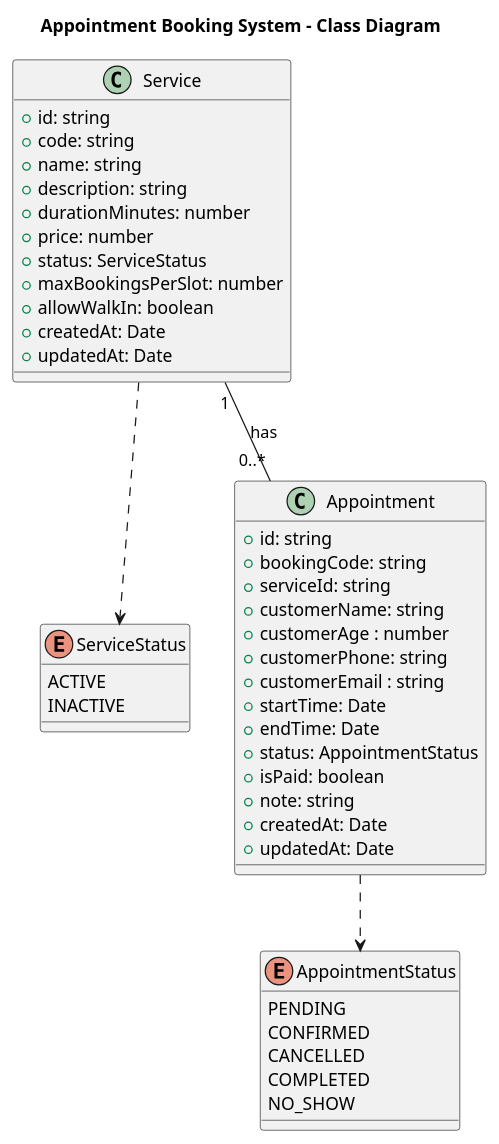
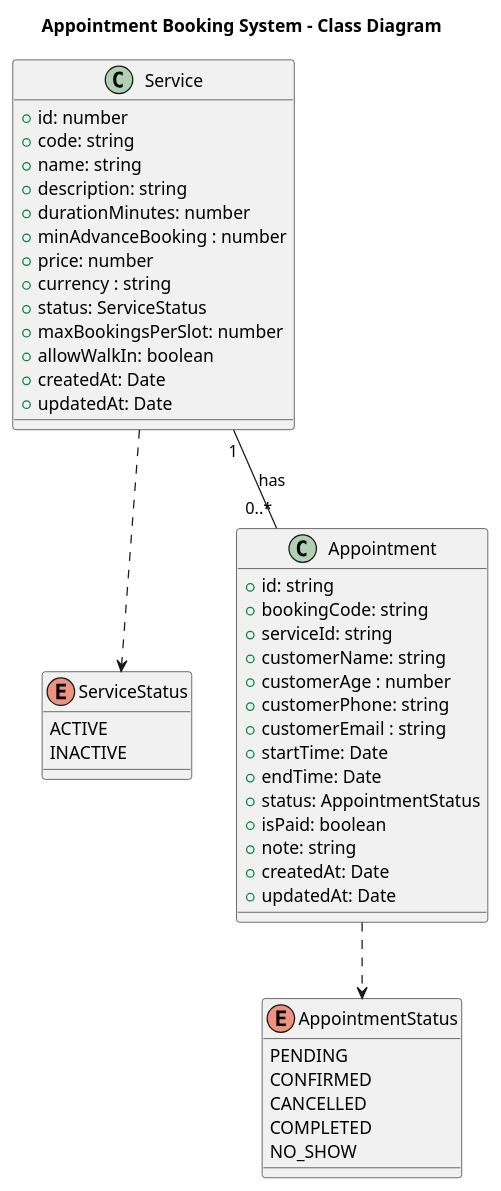
Before and after one commit to nxtcya/oop-typescript-final-project-2026: the diagram in docs/uml-diagram.puml, drawn with PlantUML. The commit also changed 1 other file, not shown here.

```diff
--- a/docs/uml-diagram.puml
+++ b/docs/uml-diagram.puml
@@ -1,54 +1,56 @@
-@startuml
+@startuml uml-diagram
 title Appointment Booking System - Class Diagram
 
 
 enum ServiceStatus {
   ACTIVE
   INACTIVE
 }
 
 enum AppointmentStatus {
   PENDING
   CONFIRMED
   CANCELLED
   COMPLETED
   NO_SHOW
 }
 
 
 class Service {
-  +id: string
+  +id: number
   +code: string
   +name: string
   +description: string
   +durationMinutes: number
+  +minAdvanceBooking : number
   +price: number
+  +currency : string
   +status: ServiceStatus
   +maxBookingsPerSlot: number
   +allowWalkIn: boolean
   +createdAt: Date
   +updatedAt: Date
 }
 
 class Appointment {
   +id: string
   +bookingCode: string
   +serviceId: string
   +customerName: string
   +customerAge : number
   +customerPhone: string
   +customerEmail : string 
   +startTime: Date
   +endTime: Date
   +status: AppointmentStatus
   +isPaid: boolean
   +note: string
   +createdAt: Date
   +updatedAt: Date
 }
 
 Service "1" -- "0..*" Appointment : has
 Service ..> ServiceStatus
 Appointment ..> AppointmentStatus
 
 @enduml
```
